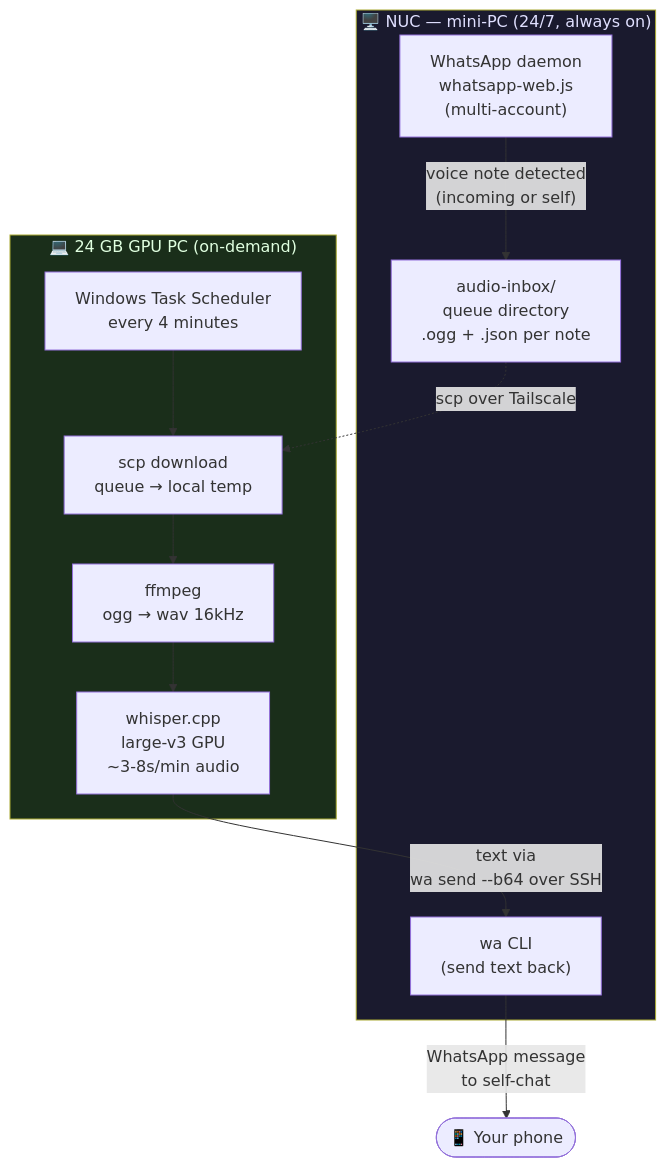
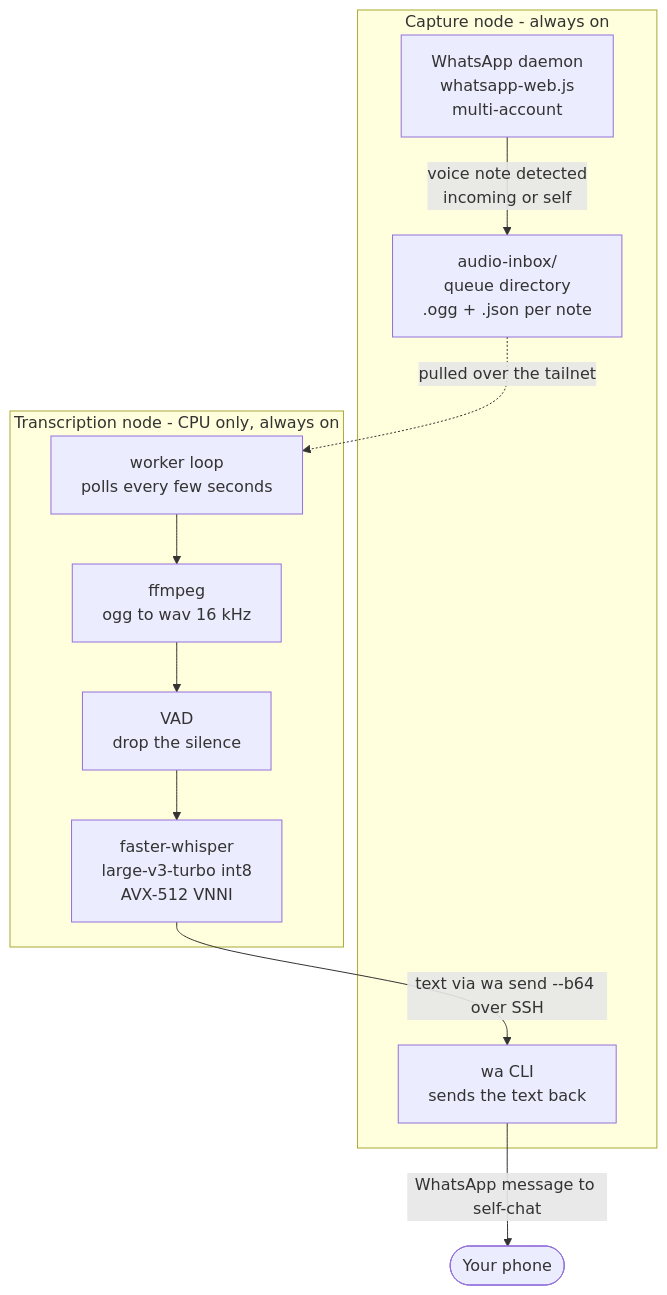
One commit to msemino/whatsapp-voice-transcriber changed the first of 2 diagrams in README.md. Above: the diagram before and after it, drawn with Mermaid. The commit also changed other lines of this file and 2 other files, not shown here.

First line of the commit message:
README + engine: cutover a faster-whisper int8 en CPU

````diff
--- a/README.md
+++ b/README.md
@@ -31,24 +64,21 @@
 ```mermaid
 graph TB
-    subgraph NUC["🖥️ NUC — mini-PC (24/7, always on)"]
-        WA["WhatsApp daemon\nwhatsapp-web.js\n(multi-account)"]
-        INBOX["audio-inbox/\nqueue directory\n.ogg + .json per note"]
-        WA_SEND["wa CLI\n(send text back)"]
-        WA -->|"voice note detected\n(incoming or self)"| INBOX
+    subgraph CAP["Capture node - always on"]
+        WA["WhatsApp daemon<br/>whatsapp-web.js<br/>multi-account"]
+        INBOX["audio-inbox/<br/>queue directory<br/>.ogg + .json per note"]
+        WA_SEND["wa CLI<br/>sends the text back"]
+        WA -->|"voice note detected<br/>incoming or self"| INBOX
     end
 
-    subgraph PC["💻 24 GB GPU PC (on-demand)"]
-        SCHED["Windows Task Scheduler\nevery 4 minutes"]
-        SCP["scp download\nqueue → local temp"]
-        FFMPEG["ffmpeg\nogg → wav 16kHz"]
-        WHISPER["whisper.cpp\nlarge-v3 GPU\n~3-8s/min audio"]
-        SCHED --> SCP --> FFMPEG --> WHISPER
+    subgraph TR["Transcription node - CPU only, always on"]
+        POLL["worker loop<br/>polls every few seconds"]
+        FFMPEG["ffmpeg<br/>ogg to wav 16 kHz"]
+        VAD["VAD<br/>drop the silence"]
+        ENGINE["faster-whisper<br/>large-v3-turbo int8<br/>AVX-512 VNNI"]
+        POLL --> FFMPEG --> VAD --> ENGINE
     end
 
-    INBOX -. "scp over Tailscale" .-> SCP
-    WHISPER -->|"text via\nwa send --b64 over SSH"| WA_SEND
-    WA_SEND -->|"WhatsApp message\nto self-chat"| YOU([📱 Your phone])
-
-    style NUC fill:#1a1a2e,color:#e0e0ff
-    style PC fill:#1a2e1a,color:#e0ffe0
+    INBOX -. "pulled over the tailnet" .-> POLL
+    ENGINE -->|"text via wa send --b64 over SSH"| WA_SEND
+    WA_SEND -->|"WhatsApp message to self-chat"| YOU([Your phone])
 ```
````
